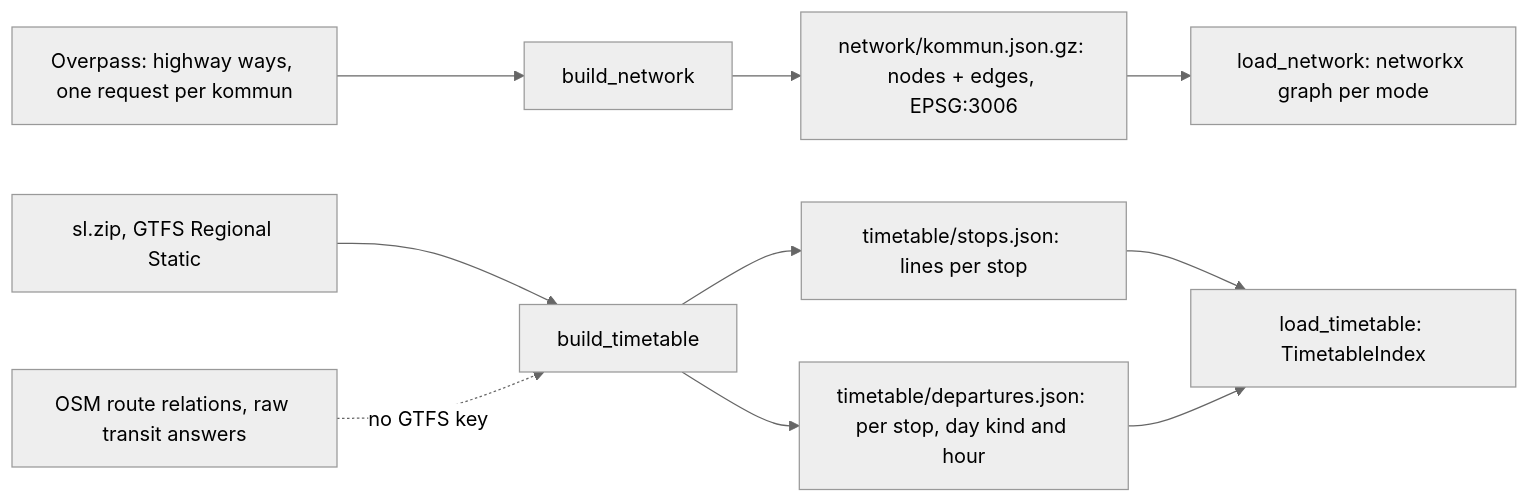
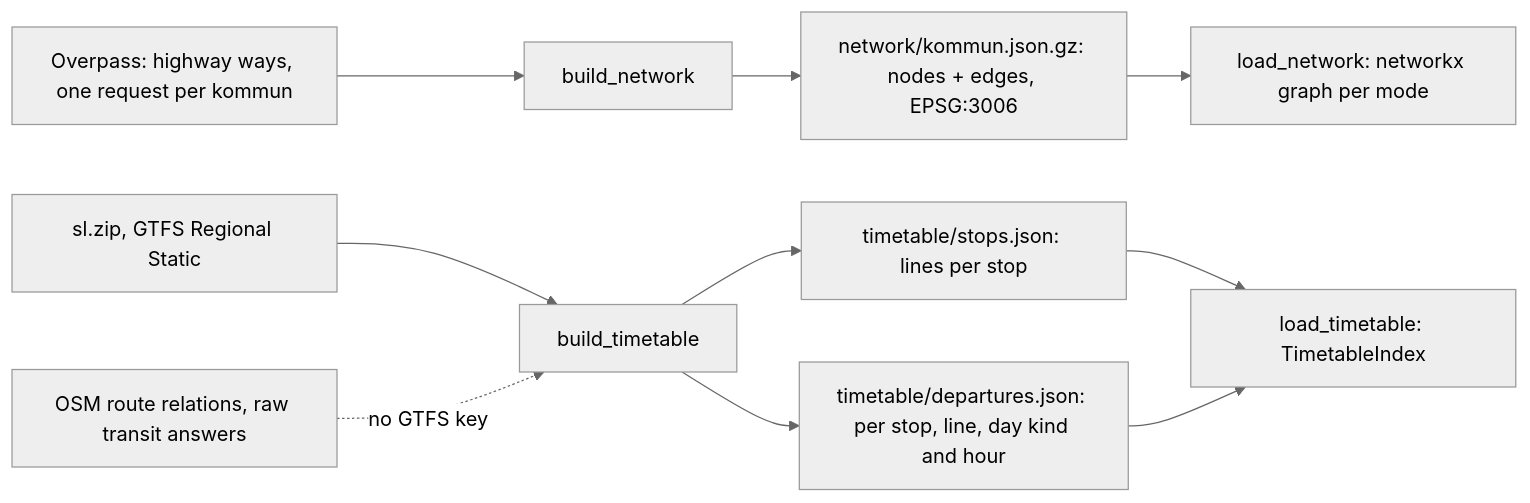
One commit to MassimilianoBiancucci/find_home changed the third of 4 diagrams in guide/architecture/config_and_locations.md. Above: the diagram before and after it, drawn with Mermaid (neutral theme). The commit also changed other lines of this file and 1 other file, not shown here.

````diff
--- a/guide/architecture/config_and_locations.md
+++ b/guide/architecture/config_and_locations.md
@@ -247,12 +247,12 @@
 ```mermaid
 flowchart LR
   O[Overpass: highway ways, one request per kommun] --> NB[build_network]
   G[sl.zip, GTFS Regional Static] --> TB[build_timetable]
   R[OSM route relations, raw transit answers] -. no GTFS key .-> TB
   NB --> NF[network/kommun.json.gz: nodes + edges, EPSG:3006]
   TB --> SF[timetable/stops.json: lines per stop]
-  TB --> DF[timetable/departures.json: per stop, day kind and hour]
+  TB --> DF[timetable/departures.json: per stop, line, day kind and hour]
   NF --> NL[load_network: networkx graph per mode]
   SF --> TL[load_timetable: TimetableIndex]
   DF --> TL
 ```
````
